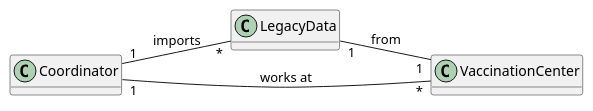
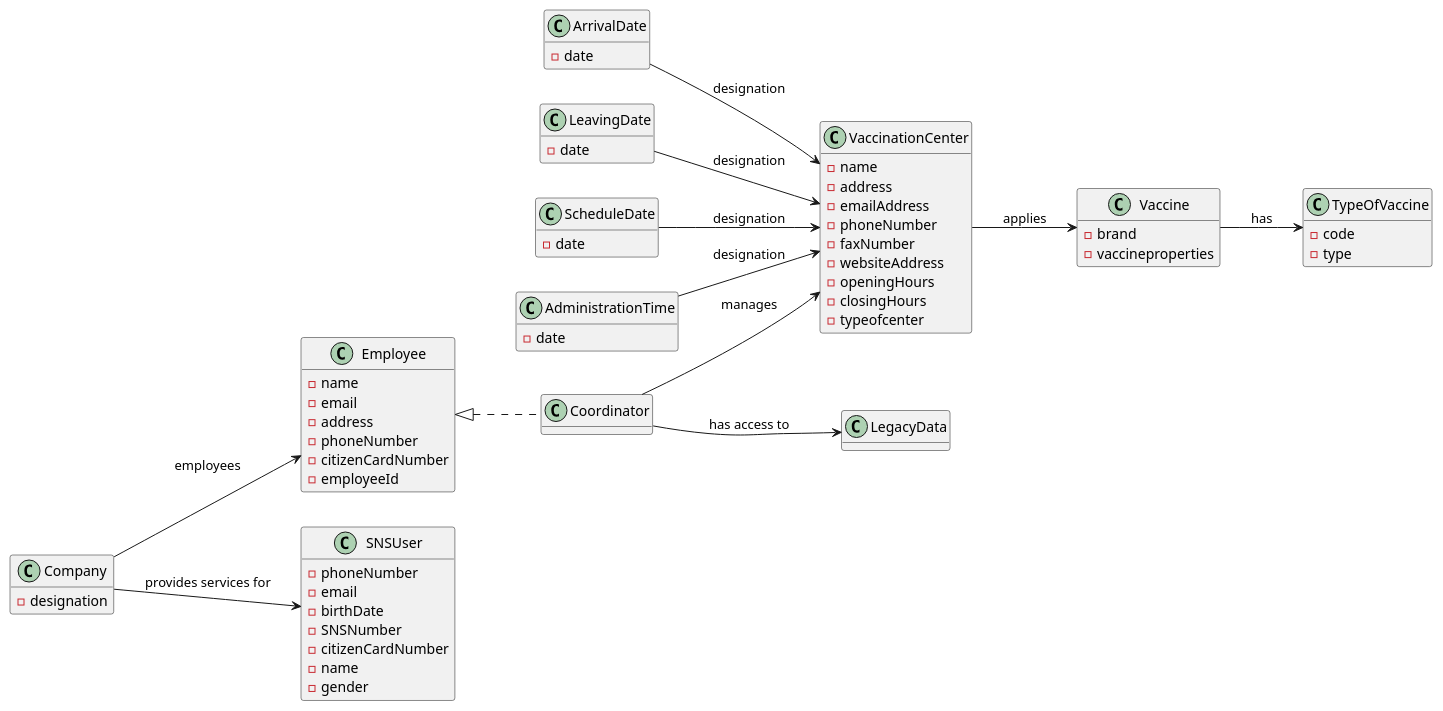
The diagram in docs/SprintD/US/US17/US017_MD.puml (PedroMesquita1211171/VaccinationManager), drawn with PlantUML before and after one commit. The commit also changed 8 other files, not shown here.

```diff
--- a/docs/SprintD/US/US17/US017_MD.puml
+++ b/docs/SprintD/US/US17/US017_MD.puml
@@ -1,17 +1,77 @@
 @startuml
 'https://plantuml.com/sequence-diagram
 
 hide methods
 left to right direction
 
-class Coordinator {
+class Coordinator implements Employee {
+}
+class Company {
+-designation
+}
+class Employee{
+-name
+     -email
+     -address
+     -phoneNumber
+     -citizenCardNumber
+     -employeeId
+}
+class SNSUser {
+-phoneNumber
+  -email
+  -birthDate
+  -SNSNumber
+  -citizenCardNumber
+  -name
+  -gender
+}
+class LegacyData{
+}
+class ArrivalDate {
+-date
+}
+class LeavingDate{
+-date
+}
+class ScheduleDate {
+-date
+}
+class AdministrationTime {
+-date
+}
+class Vaccine {
+-brand
+-vaccineproperties
+}
+class TypeOfVaccine {
+-code
+-type
 }
 class LegacyData {
 }
 class VaccinationCenter {
+- name
+  - address
+  - emailAddress
+  - phoneNumber
+  - faxNumber
+  - websiteAddress
+  - openingHours
+  - closingHours
+  - typeofcenter
 }
 
-Coordinator "1" -- "*" LegacyData : imports
-Coordinator "1" -- "*" VaccinationCenter : works at
-LegacyData "1" -- "1" VaccinationCenter : from
+Company --> Employee : employees
+Company --> SNSUser : provides services for
+Coordinator --> LegacyData : has access to
+Coordinator --> VaccinationCenter : manages
+ScheduleDate --> VaccinationCenter : designation
+ArrivalDate --> VaccinationCenter : designation
+LeavingDate --> VaccinationCenter : designation
+AdministrationTime --> VaccinationCenter : designation
+Vaccine --> TypeOfVaccine : has
+VaccinationCenter --> Vaccine : applies
+
+
 @enduml
```
